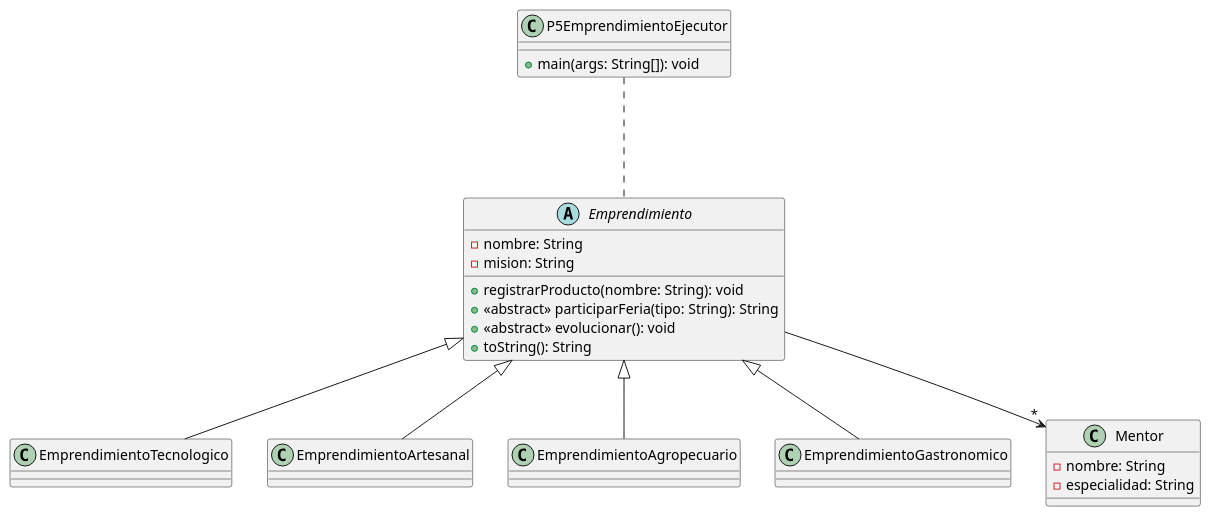
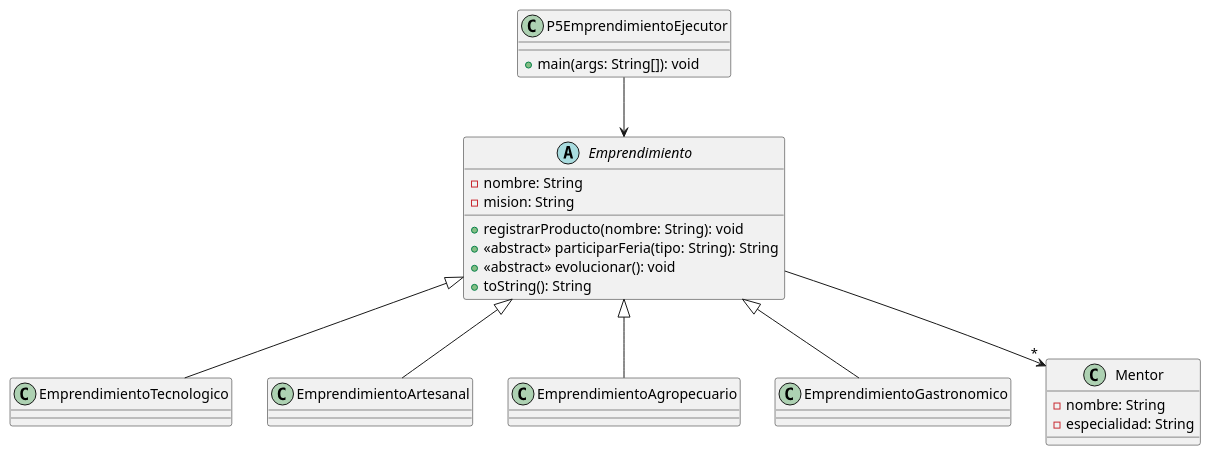
One commit to POO-B-AA25/apeb2-taller8-g2 changed the diagram in Modelos_UML/proplem5.puml. Above: the diagram before and after it, drawn with PlantUML. The commit also changed 7 other files, not shown here.

```diff
--- a/Modelos_UML/proplem5.puml
+++ b/Modelos_UML/proplem5.puml
@@ -1,31 +1,31 @@
 @startuml
 abstract class Emprendimiento {
     - nombre: String
     - mision: String
     + registrarProducto(nombre: String): void
     + <<abstract>> participarFeria(tipo: String): String
     + <<abstract>> evolucionar(): void
     + toString(): String
 }
 
 class EmprendimientoTecnologico
 class EmprendimientoArtesanal
 class EmprendimientoAgropecuario
 class EmprendimientoGastronomico
 
 class Mentor {
     - nombre: String
     - especialidad: String
 }
 
 class P5EmprendimientoEjecutor {
     + main(args: String[]): void
 }
 
 Emprendimiento <|-- EmprendimientoTecnologico
 Emprendimiento <|-- EmprendimientoArtesanal
 Emprendimiento <|-- EmprendimientoAgropecuario
 Emprendimiento <|-- EmprendimientoGastronomico
 Emprendimiento --> "*" Mentor
-P5EmprendimientoEjecutor ... Emprendimiento
+P5EmprendimientoEjecutor --> Emprendimiento
 @enduml
```
